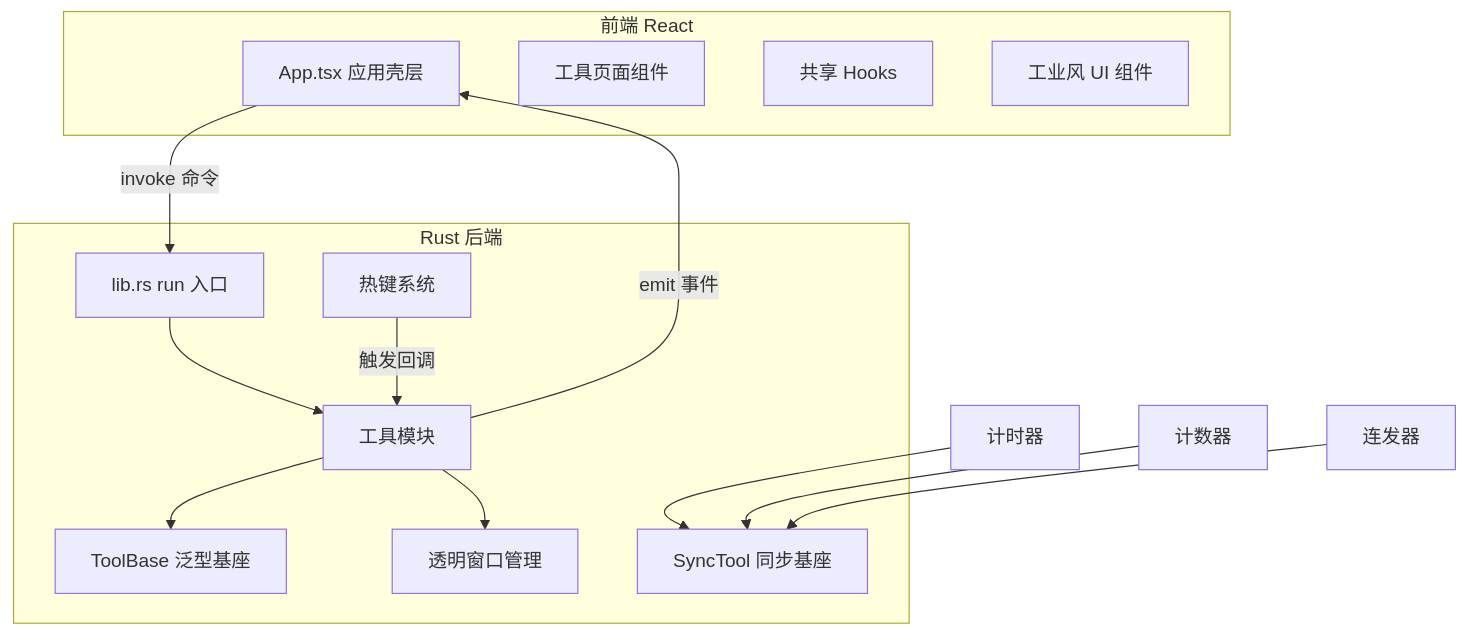
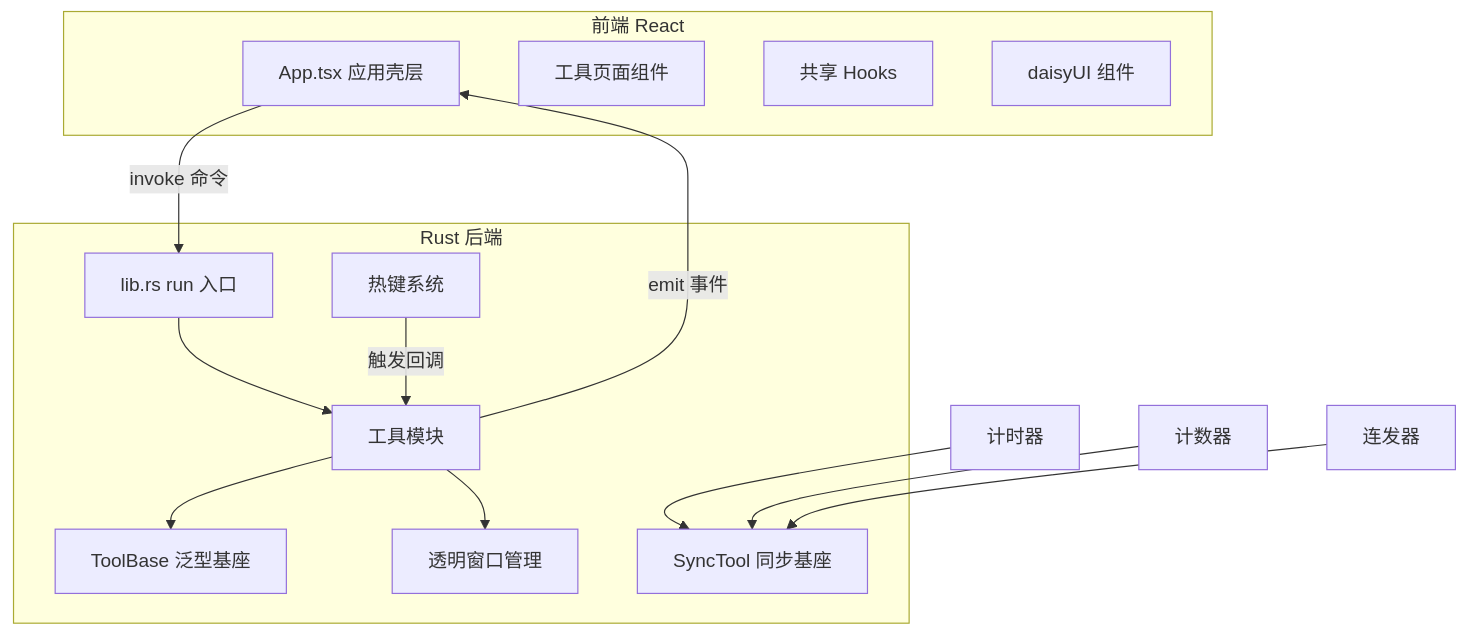
One commit to IZRINO/delta-auto-tools changed the first of 2 diagrams in droid-wiki/overview/architecture.md. Above: the diagram before and after it, drawn with Mermaid. The commit also changed other lines of this file and 80 other files, not shown here.

````diff
--- a/droid-wiki/overview/architecture.md
+++ b/droid-wiki/overview/architecture.md
@@ -7,28 +7,28 @@
 ```mermaid
 graph TD
     subgraph 前端 React
         App[App.tsx 应用壳层]
         Pages[工具页面组件]
         Hooks[共享 Hooks]
-        UI[工业风 UI 组件]
+        UI[daisyUI 组件]
     end
 
     subgraph Rust 后端
         Lib[lib.rs run 入口]
         ToolBase[ToolBase 泛型基座]
         SyncTool[SyncTool 同步基座]
         Modules[工具模块]
         Hotkeys[热键系统]
         Overlay[透明窗口管理]
     end
 
     App -->|invoke 命令| Lib
     Lib --> Modules
     Modules --> ToolBase
     Timer[计时器] --> SyncTool
     Counter[计数器] --> SyncTool
     Rapidfire[连发器] --> SyncTool
     Modules -->|emit 事件| App
     Hotkeys -->|触发回调| Modules
     Modules --> Overlay
 ```
````
